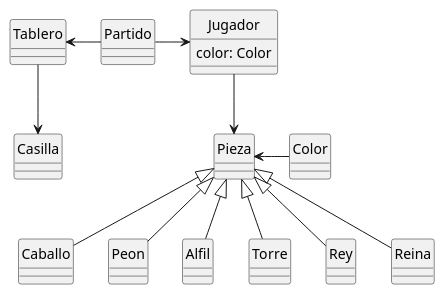
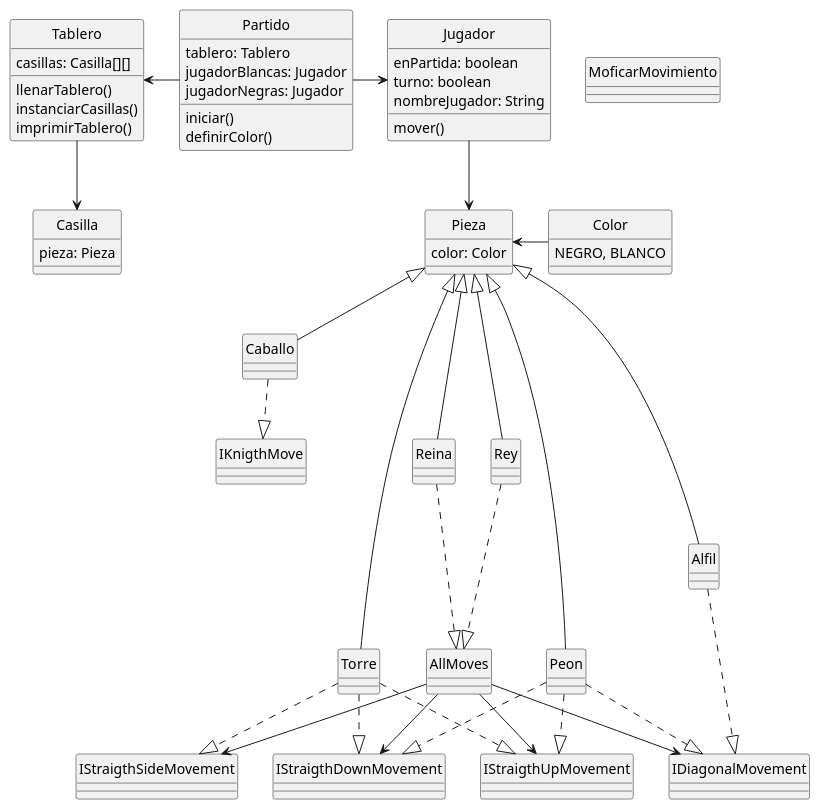
The diagram in Ajedrez.puml (HilmAlex/Ajedrez), drawn with PlantUML before and after one commit. The commit also changed 25 other files, not shown here.

Commit message:
UML con interfaces

```diff
--- a/Ajedrez.puml
+++ b/Ajedrez.puml
@@ -1,37 +1,76 @@
 @startuml
 hide circle
 
-class Pieza
-class Casilla
-class Color
-class Partido
+class MoficarMovimiento{
+}
+class Pieza{
+color: Color
+}
+class Casilla{
+pieza: Pieza
+}
+class Color{
+NEGRO, BLANCO
+}
+class Partido{
+tablero: Tablero
+jugadorBlancas: Jugador
+jugadorNegras: Jugador
+iniciar()
+definirColor()
+}
 class Jugador{
-color: Color
+mover()
+enPartida: boolean
+turno: boolean
+nombreJugador: String
 }
 class Caballo
 class Peon
 class Alfil
 class Torre
 class Rey
 class Reina
-class Tablero
+class Tablero{
+casillas: Casilla[][]
+llenarTablero()
+instanciarCasillas()
+imprimirTablero()
+}
 
 Tablero --> Casilla
 
 Jugador --> Pieza
 
 
 Pieza <- Color
 Partido -> Jugador
 
 Tablero <- Partido
 
 Pieza <|-- Caballo
 Pieza <|-- Torre
 Pieza <|-- Peon
 Pieza <|-- Alfil
-Pieza <|-- Reina
-Pieza <|-- Rey
+Pieza <|--- Reina
+Pieza <|--- Rey
 
+Caballo ..|> IKnigthMove
+Peon ..|> IStraigthUpMovement
+Peon ..|> IStraigthDownMovement
+Peon ..|> IDiagonalMovement
+Alfil ..|> IDiagonalMovement
+
+Torre ..|> IStraigthDownMovement
+Torre ..|> IStraigthUpMovement
+Torre ..|> IStraigthSideMovement
+
+Rey ...|> AllMoves
+Reina ...|> AllMoves
+
+AllMoves --> IDiagonalMovement
+AllMoves --> IStraigthSideMovement
+AllMoves --> IStraigthUpMovement
+AllMoves --> IStraigthDownMovement
 
 @enduml
```
